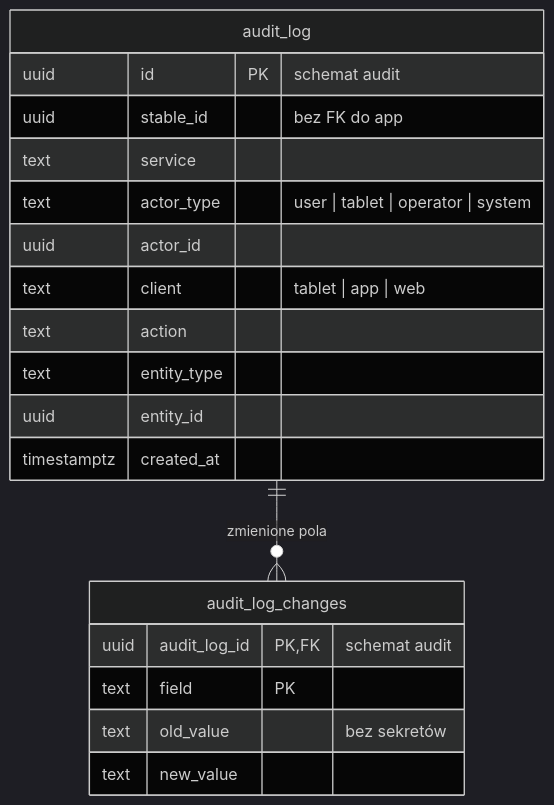
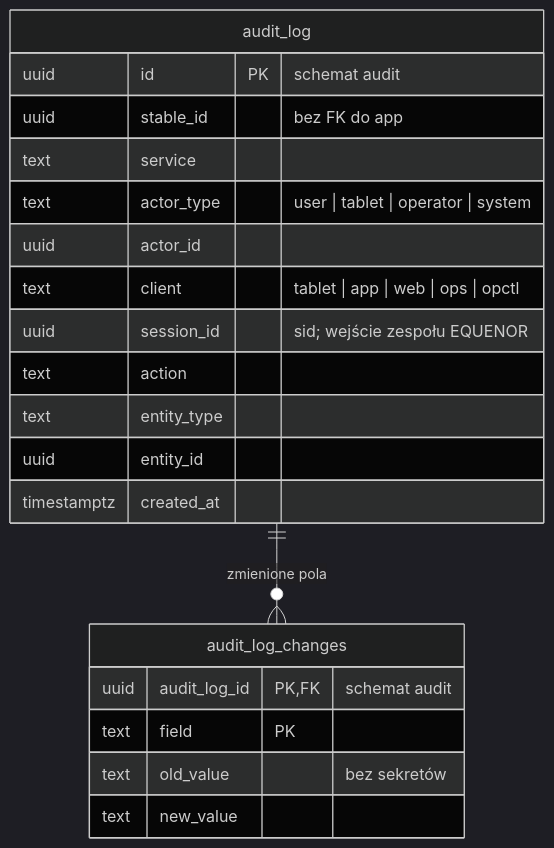
The second of 2 diagrams in docs/erd.md (ClewlerStudent/KonskaAppka), drawn with Mermaid (dark theme) before and after one commit. The commit also changed other lines of this file and 13 other files, not shown here.

````diff
--- a/docs/erd.md
+++ b/docs/erd.md
@@ -898,22 +986,23 @@
 ```mermaid
 erDiagram
     audit_log {
         uuid id PK "schemat audit"
         uuid stable_id "bez FK do app"
         text service
         text actor_type "user | tablet | operator | system"
         uuid actor_id
-        text client "tablet | app | web"
+        text client "tablet | app | web | ops | opctl"
+        uuid session_id "sid; wejście zespołu EQUENOR"
         text action
         text entity_type
         uuid entity_id
         timestamptz created_at
     }
     audit_log_changes {
         uuid audit_log_id PK, FK "schemat audit"
         text field PK
         text old_value "bez sekretów"
         text new_value
     }
     audit_log ||--o{ audit_log_changes : "zmienione pola"
 ```
````
